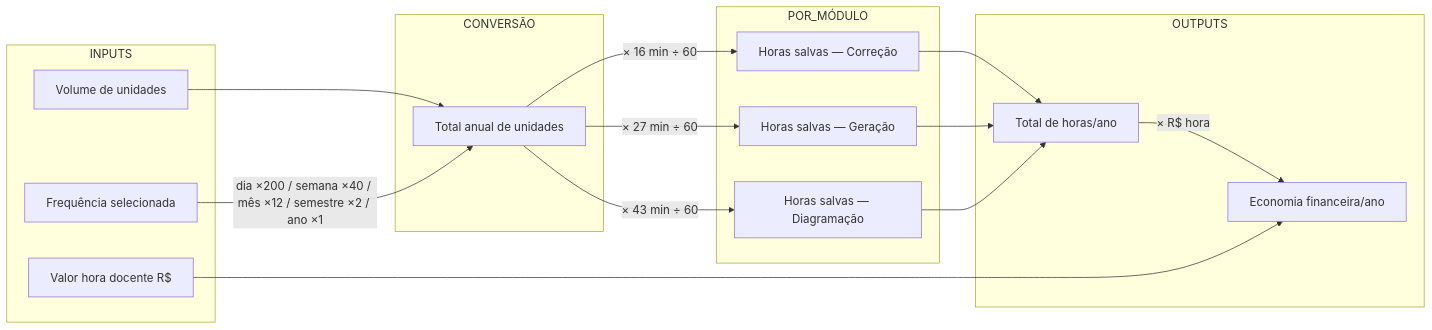
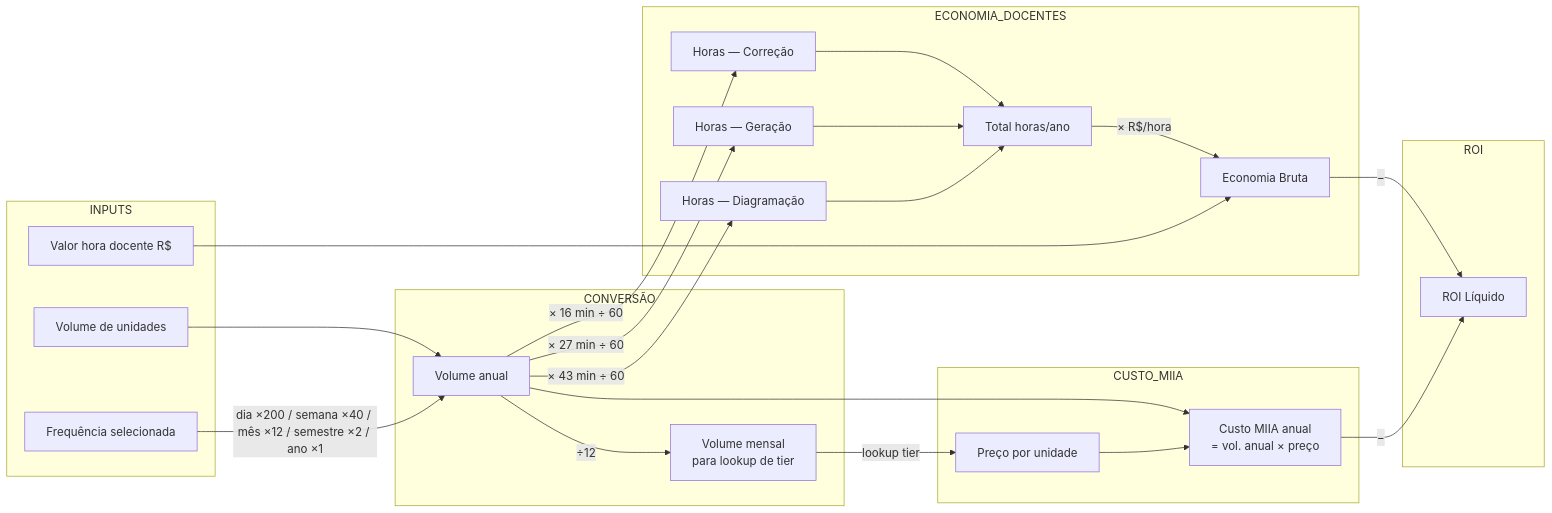
One commit to Gustavo130803/calculadora-miia changed the second of 4 diagrams in README.md. Above: the diagram before and after it, drawn with Mermaid. The commit also changed other lines of this file, not shown here.

Commit message:
docs: README com tabelas de preço MIIA e diagrama de ROI líquido

````diff
--- a/README.md
+++ b/README.md
@@ -44,25 +44,34 @@
 ```mermaid
 flowchart LR
     subgraph INPUTS
         V[Volume de unidades]
         F[Frequência selecionada]
         VH[Valor hora docente R$]
     end
 
     subgraph CONVERSÃO
-        V --> AN[Total anual de unidades]
+        V --> AN[Volume anual]
         F -->|dia ×200 / semana ×40 / mês ×12 / semestre ×2 / ano ×1| AN
+        AN --> |÷12| MN[Volume mensal\npara lookup de tier]
     end
 
-    subgraph POR_MÓDULO
-        AN --> |"× 16 min ÷ 60"| HC[Horas salvas — Correção]
-        AN --> |"× 27 min ÷ 60"| HG[Horas salvas — Geração]
-        AN --> |"× 43 min ÷ 60"| HD[Horas salvas — Diagramação]
+    subgraph ECONOMIA_DOCENTES
+        AN --> |"× 16 min ÷ 60"| HC[Horas — Correção]
+        AN --> |"× 27 min ÷ 60"| HG[Horas — Geração]
+        AN --> |"× 43 min ÷ 60"| HD[Horas — Diagramação]
+        HC & HG & HD --> TH[Total horas/ano]
+        TH --> |"× R$/hora"| EB[Economia Bruta]
+        VH --> EB
     end
 
-    subgraph OUTPUTS
-        HC & HG & HD --> TH[Total de horas/ano]
-        TH --> |"× R$ hora"| TE[Economia financeira/ano]
-        VH --> TE
+    subgraph CUSTO_MIIA
+        MN --> |lookup tier| PC[Preço por unidade]
+        AN --> CM[Custo MIIA anual\n= vol. anual × preço]
+        PC --> CM
+    end
+
+    subgraph ROI
+        EB --> |"−"| RL[ROI Líquido]
+        CM --> |"−"| RL
     end
 ```
````
